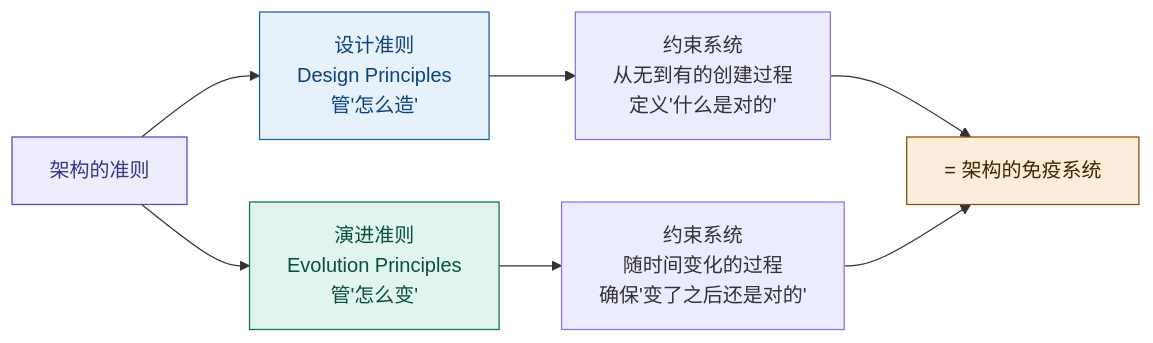
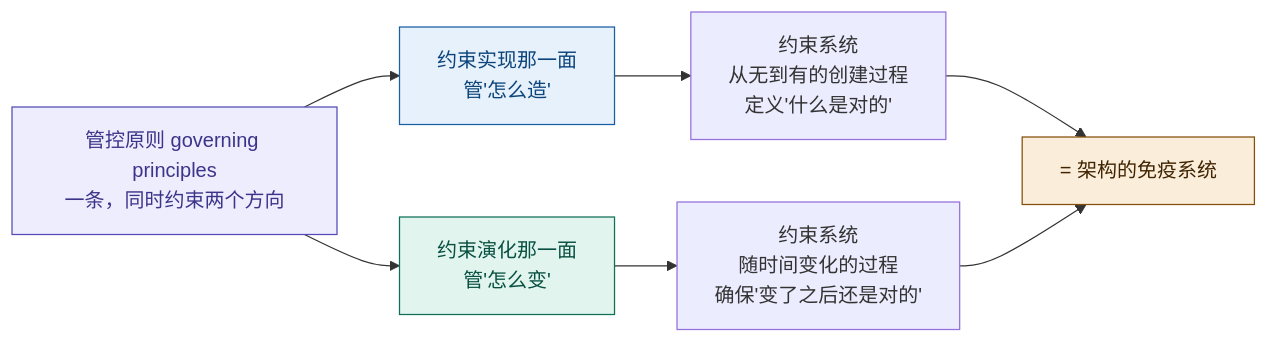
One commit to Yongjunzhou/AOS-system-design changed diagram 18 of 24 in 100-subprojects/01-系统工程研究/00-系统工程相关研究报告/07-架构概念研究报告-从概念设计到架构.md. Above: the diagram before and after it, drawn with Mermaid. The commit also changed other lines of this file and 177 other files, not shown here.

````diff
--- a/100-subprojects/01-系统工程研究/00-系统工程相关研究报告/07-架构概念研究报告-从概念设计到架构.md
+++ b/100-subprojects/01-系统工程研究/00-系统工程相关研究报告/07-架构概念研究报告-从概念设计到架构.md
@@ -845,14 +845,14 @@
 ```mermaid
 flowchart LR
-    A["架构的准则"]
-    A --> B["设计准则<br/>Design Principles<br/>管'怎么造'"]
-    A --> C["演进准则<br/>Evolution Principles<br/>管'怎么变'"]
+    A["管控原则 governing principles<br/>一条，同时约束两个方向"]
+    A --> B["约束实现那一面<br/>管'怎么造'"]
+    A --> C["约束演化那一面<br/>管'怎么变'"]
     B --> D["约束系统<br/>从无到有的创建过程<br/>定义'什么是对的'"]
     C --> E["约束系统<br/>随时间变化的过程<br/>确保'变了之后还是对的'"]
     D --> F["= 架构的免疫系统"]
     E --> F
     style A fill:#EEEDFE,stroke:#534AB7,color:#3C3489
     style B fill:#E6F1FB,stroke:#185FA5,color:#0C447C
     style C fill:#E1F5EE,stroke:#0F6E56,color:#085041
     style F fill:#FAEEDA,stroke:#854F0B,color:#412402
 ```
````
